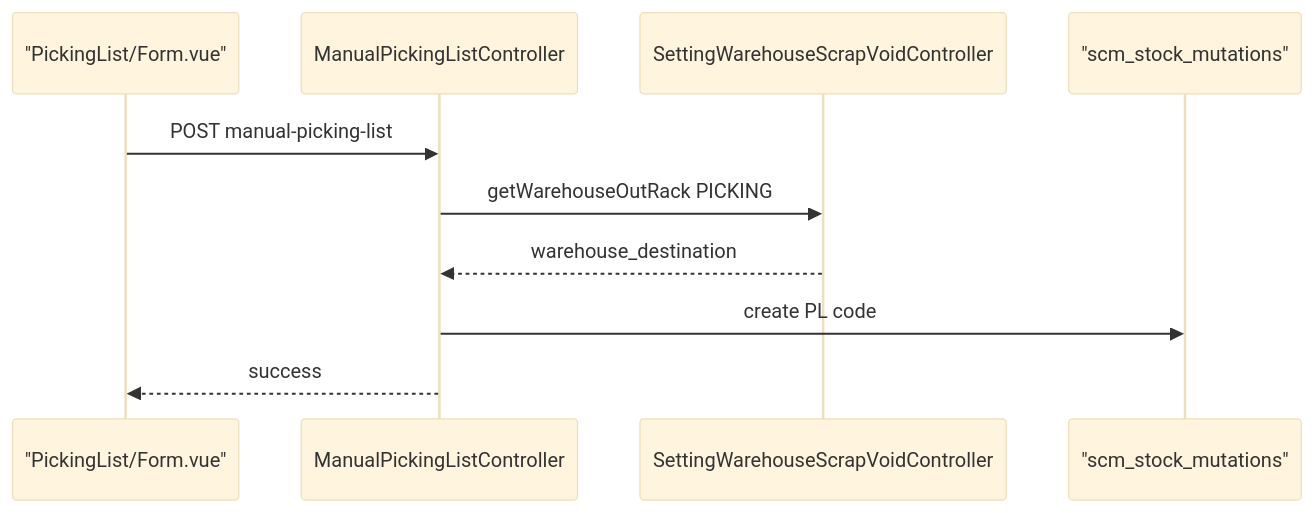
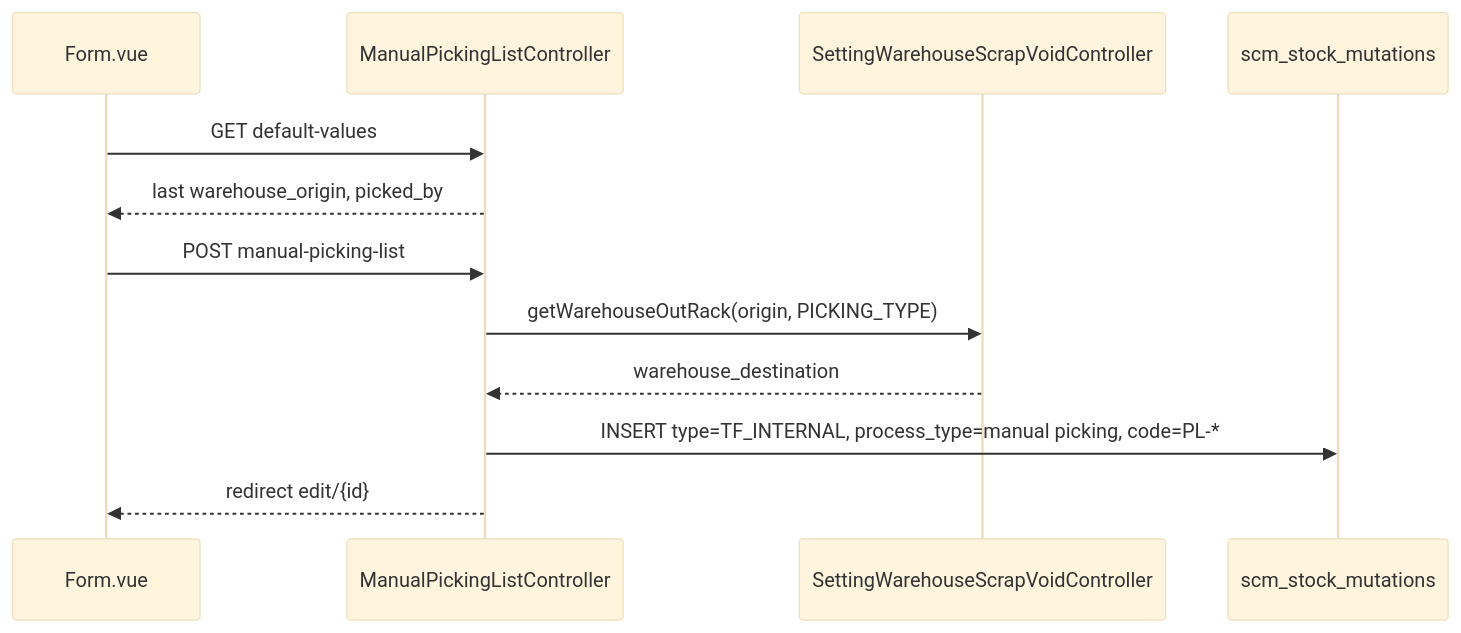
The second of 4 diagrams in qa-docs/supplychain-manual-picking-list/technical.md (yendyr/olshoperp-docs), drawn with Mermaid (base theme) before and after one commit. The commit also changed other lines of this file and 84 other files, not shown here.

````diff
--- a/qa-docs/supplychain-manual-picking-list/technical.md
+++ b/qa-docs/supplychain-manual-picking-list/technical.md
@@ -94,13 +252,15 @@
 ```mermaid
 sequenceDiagram
-    participant UI as "PickingList/Form.vue"
+    participant UI as Form.vue
     participant API as ManualPickingListController
     participant SET as SettingWarehouseScrapVoidController
-  participant DB as "scm_stock_mutations"
+    participant DB as scm_stock_mutations
 
+    UI->>API: GET default-values
+    API-->>UI: last warehouse_origin, picked_by
     UI->>API: POST manual-picking-list
-    API->>SET: getWarehouseOutRack PICKING
+    API->>SET: getWarehouseOutRack(origin, PICKING_TYPE)
     SET-->>API: warehouse_destination
-    API->>DB: create PL code
-    API-->>UI: success
+    API->>DB: INSERT type=TF_INTERNAL, process_type=manual picking, code=PL-*
+    API-->>UI: redirect edit/{id}
 ```
````
